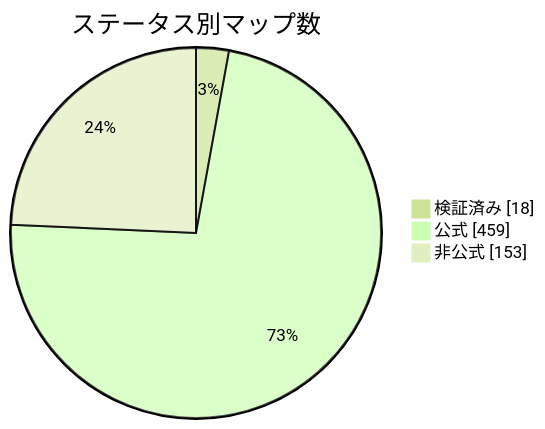
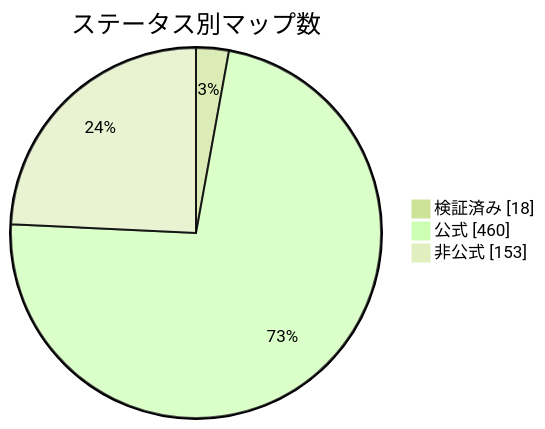
One commit to nobrega8/mbmap-library changed the diagram in docs/readme/README_JP.md. Above: the diagram before and after it, drawn with Mermaid (forest theme). The commit also changed 6 other files, not shown here.

````diff
--- a/docs/readme/README_JP.md
+++ b/docs/readme/README_JP.md
@@ -54,7 +54,7 @@
 ```mermaid
 pie showData
     title ステータス別マップ数
     "検証済み" : 18
-    "公式" : 459
+    "公式" : 460
     "非公式" : 153
 ```
````
